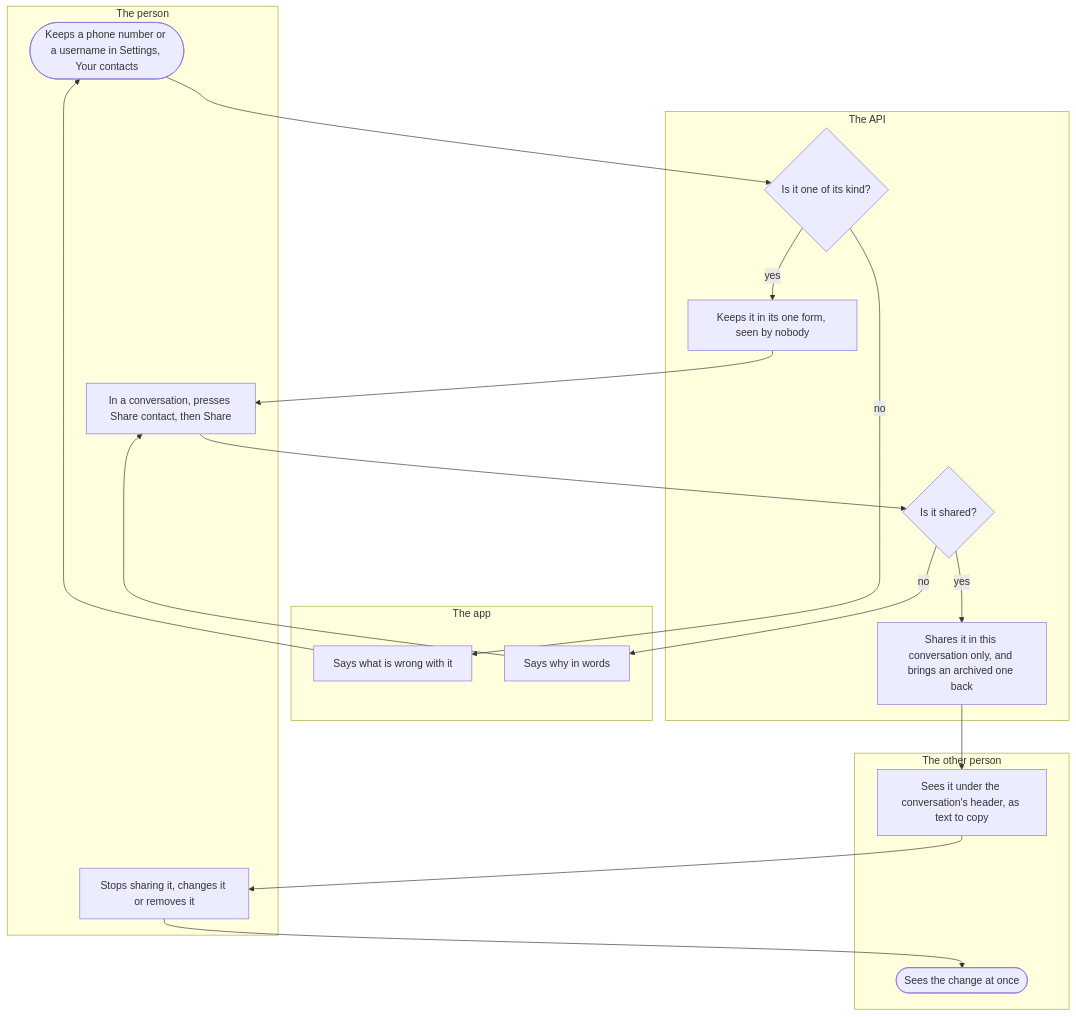
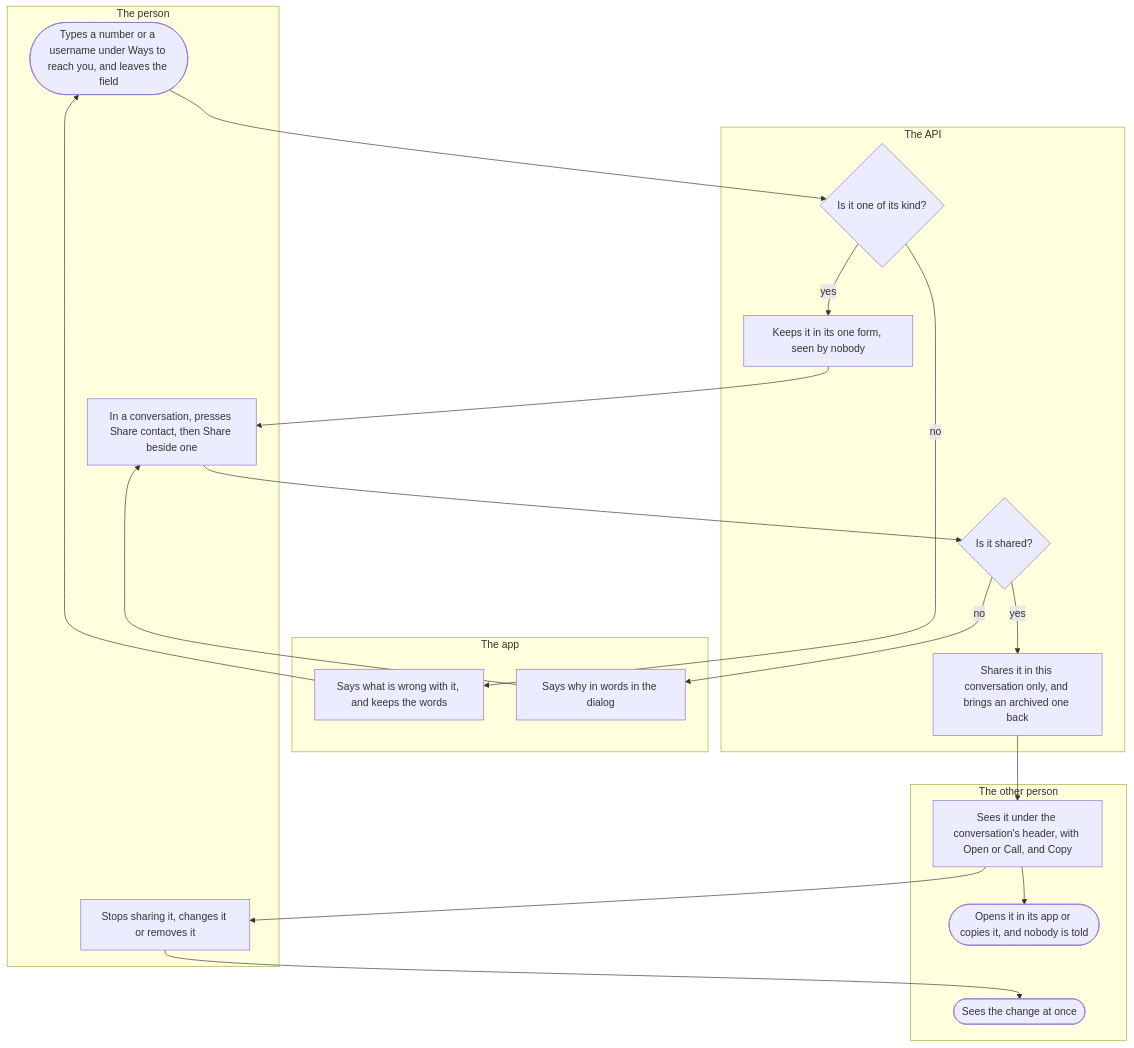
One commit to kuutti-ry/kuutti-app changed the third of 4 diagrams in docs/flows/chat.md. Above: the diagram before and after it, drawn with Mermaid. The commit also changed other lines of this file and 41 other files, not shown here.

First line of the commit message:
Redraw the user flows against today's main, held by check:docs

````diff
--- a/docs/flows/chat.md
+++ b/docs/flows/chat.md
@@ -133,36 +159,38 @@
 ```mermaid
 flowchart TB
   accTitle: Chat, part 3: sharing a contact
-  accDescr: The person keeps a phone number or a username in Settings, Your contacts, where nobody sees it. In a conversation that has not ended, Share contact shares one with one press. The other person sees it under the conversation's header at once, as text, and nothing asks them to share back. A stop, a change or a removal shows on the other side at once, and the end of the conversation ends every share.
+  accDescr: The person keeps a phone number or a username in Settings, under Ways to reach you, where nobody sees it; it is kept as its field is left. In a conversation that has not ended, Share contact shares one with one press. The other person sees it under the conversation's header at once, with a button to open it in its app or to call, and one to copy it, and nothing asks them to share back. A stop, a change or a removal shows on the other side at once, and the end of the conversation ends every share.
   subgraph person["The person"]
-    s29(["Keeps a phone number or a username in Settings, Your contacts"])
-    s33["In a conversation, presses Share contact, then Share"]
-    s38["Stops sharing it, changes it or removes it"]
+    s30(["Types a number or a username under Ways to reach you, and leaves the field"])
+    s34["In a conversation, presses Share contact, then Share beside one"]
+    s40["Stops sharing it, changes it or removes it"]
   end
   subgraph app["The app"]
-    s31["Says what is wrong with it"]
-    s35["Says why in words"]
+    s32["Says what is wrong with it, and keeps the words"]
+    s36["Says why in words in the dialog"]
   end
   subgraph api["The API"]
-    s30{"Is it one of its kind?"}
-    s32["Keeps it in its one form, seen by nobody"]
-    s34{"Is it shared?"}
-    s36["Shares it in this conversation only, and brings an archived one back"]
+    s31{"Is it one of its kind?"}
+    s33["Keeps it in its one form, seen by nobody"]
+    s35{"Is it shared?"}
+    s37["Shares it in this conversation only, and brings an archived one back"]
   end
   subgraph other["The other person"]
-    s37["Sees it under the conversation's header, as text to copy"]
-    s39(["Sees the change at once"])
+    s38["Sees it under the conversation's header, with Open or Call, and Copy"]
+    s39(["Opens it in its app or copies it, and nobody is told"])
+    s41(["Sees the change at once"])
   end
-  s29 --> s30
-  s30 -->|"no"| s31
-  s31 --> s29
-  s30 -->|"yes"| s32
-  s32 --> s33
+  s30 --> s31
+  s31 -->|"no"| s32
+  s32 --> s30
+  s31 -->|"yes"| s33
   s33 --> s34
-  s34 -->|"no"| s35
-  s35 --> s33
-  s34 -->|"yes"| s36
-  s36 --> s37
+  s34 --> s35
+  s35 -->|"no"| s36
+  s36 --> s34
+  s35 -->|"yes"| s37
   s37 --> s38
   s38 --> s39
+  s38 --> s40
+  s40 --> s41
 ```
````
